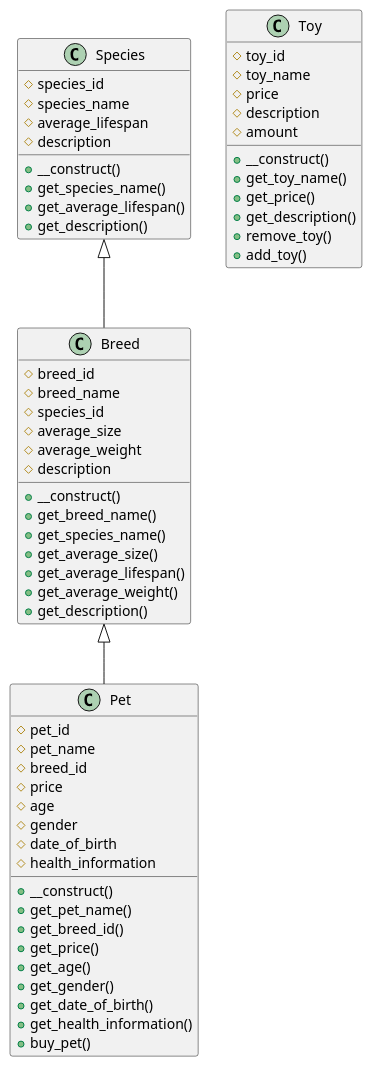
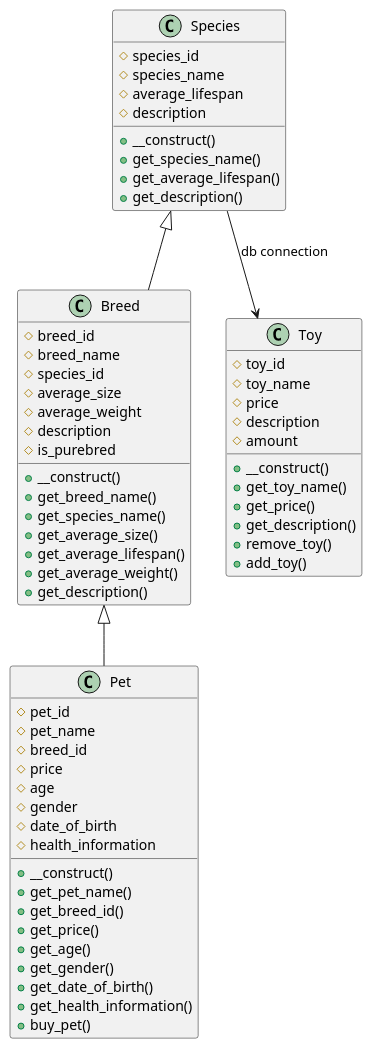
The diagram in project-1/pet-store.puml (AleksandraPetrukova/block3-adv-web), drawn with PlantUML before and after one commit. The commit also changed 1 other file, not shown here.

```diff
--- a/project-1/pet-store.puml
+++ b/project-1/pet-store.puml
@@ -1,65 +1,70 @@
 @startuml
 
 class Species {
     #species_id
     #species_name
     #average_lifespan
     #description
     +__construct()
     +get_species_name()
     +get_average_lifespan()
     +get_description()
 }
 
-class Breed extends Species {
+class Breed {
     #breed_id
     #breed_name
     #species_id
     #average_size
     #average_weight
     #description
+    #is_purebred
     +__construct()
     +get_breed_name()
     +get_species_name()
     +get_average_size()
     +get_average_lifespan()
     +get_average_weight()
     +get_description()
 }
 
-class Pet extends Breed {
+class Pet {
     #pet_id
     #pet_name
     #breed_id
     #price 
     #age
     #gender
     #date_of_birth
     #health_information
     +__construct()
     +get_pet_name()
     +get_breed_id()
     +get_price()
     +get_age()
     +get_gender()
     +get_date_of_birth()
     +get_health_information()
     +buy_pet()
 }
 
 class Toy {
     #toy_id
     #toy_name
     #price
     #description
     #amount
     +__construct()
     +get_toy_name()
     +get_price()
     +get_description()
     +remove_toy()
     +add_toy()
 }
 
+Species <|-- Breed
+Breed <|-- Pet
+
+Species --> Toy : db connection
 
 @enduml
```
